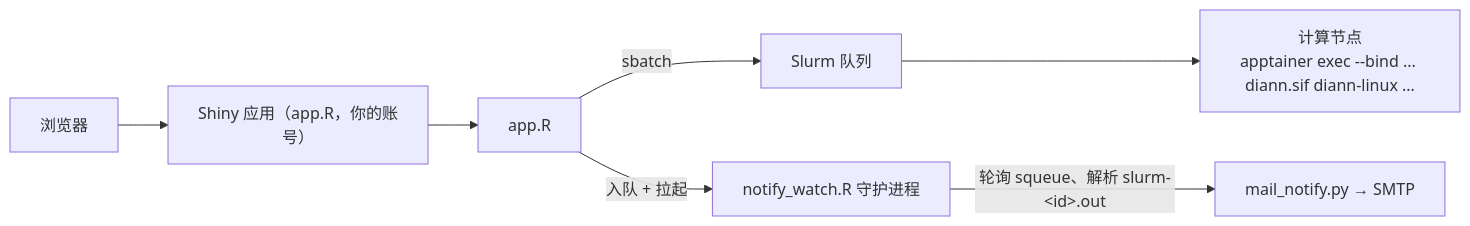
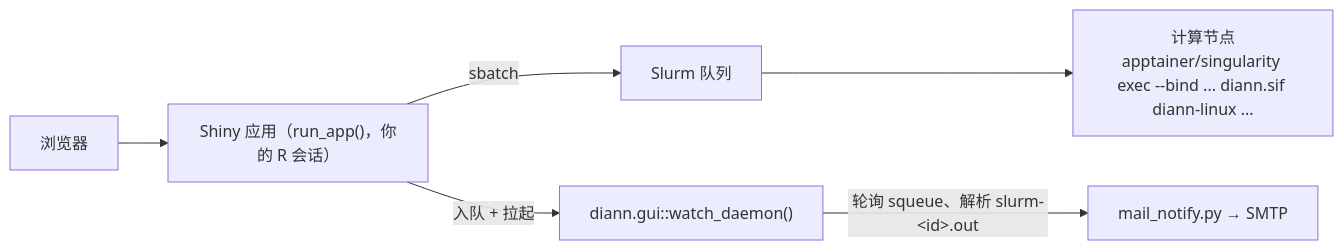
Before and after one commit to zhangdong360/diann-gui: the diagram in README.zh-CN.md, drawn with Mermaid. The commit also changed other lines of this file and 159 other files, not shown here.

````diff
--- a/README.zh-CN.md
+++ b/README.zh-CN.md
@@ -66,9 +81,8 @@
 ```mermaid
 flowchart LR
-    B[浏览器] --> SS["Shiny 应用（app.R，你的账号）"]
-    SS --> A["app.R"]
-    A -->|"sbatch"| Q[Slurm 队列]
-    Q --> CN["计算节点<br/>apptainer exec --bind ... diann.sif diann-linux ..."]
-    A -->|"入队 + 拉起"| W["notify_watch.R 守护进程"]
+    B[浏览器] --> SS["Shiny 应用（run_app()，你的 R 会话）"]
+    SS -->|"sbatch"| Q[Slurm 队列]
+    Q --> CN["计算节点<br/>apptainer/singularity exec --bind ... diann.sif diann-linux ..."]
+    SS -->|"入队 + 拉起"| W["diann.gui::watch_daemon()"]
     W -->|"轮询 squeue、解析 slurm-&lt;id&gt;.out"| M["mail_notify.py → SMTP"]
 ```
````
